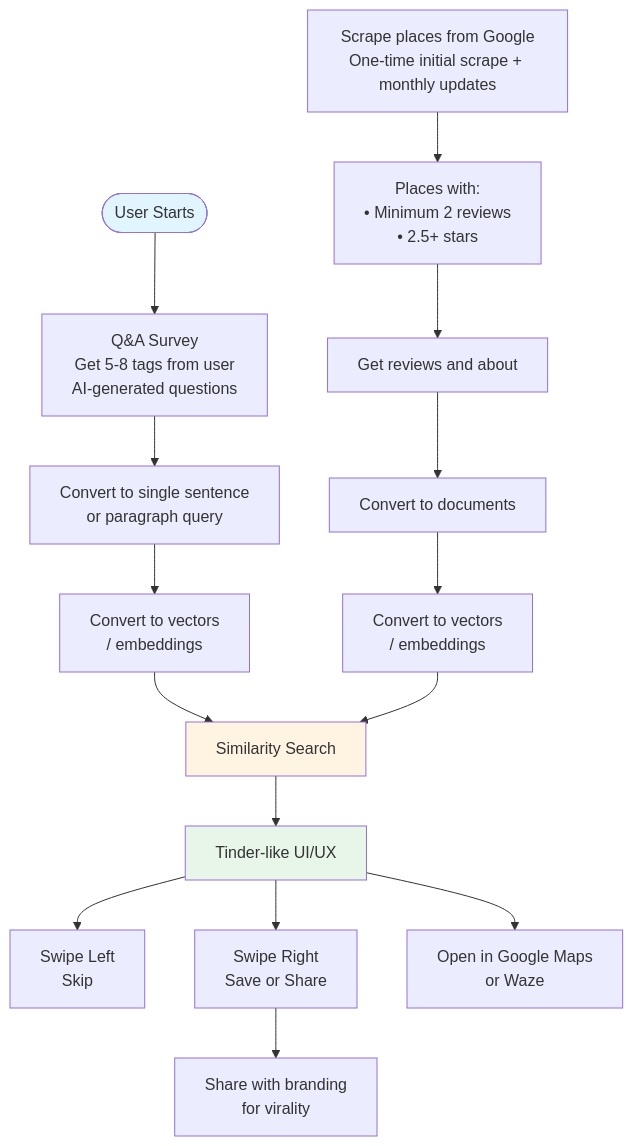
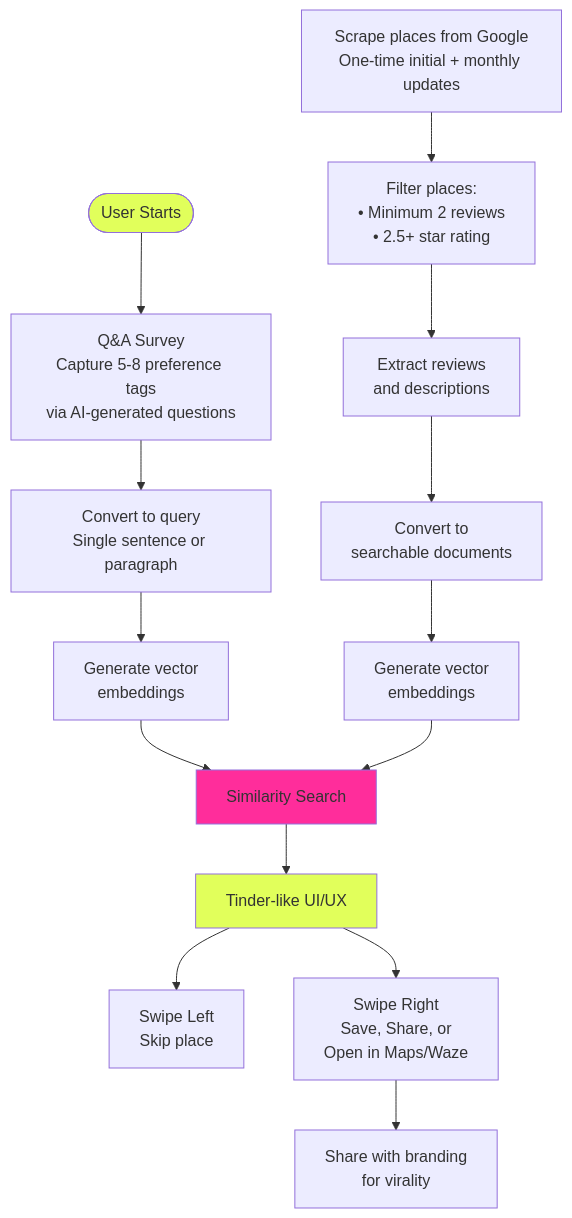
One commit to carlxrosales/spot changed the diagram in README.md. Above: the diagram before and after it, drawn with Mermaid.

````diff
--- a/README.md
+++ b/README.md
@@ -13,25 +13,24 @@
 ```mermaid
 flowchart TD
-    Start([User Starts]) --> Q&A[Q&A Survey<br/>Get 5-8 tags from user<br/>AI-generated questions]
+    Start([User Starts]) --> Q&A[Q&A Survey<br/>Capture 5-8 preference tags<br/>via AI-generated questions]
 
-    Q&A --> ConvertQuery[Convert to single sentence<br/>or paragraph query]
-    ConvertQuery --> UserVectors[Convert to vectors<br/>/ embeddings]
+    Q&A --> ConvertQuery[Convert to query<br/>Single sentence or paragraph]
+    ConvertQuery --> UserVectors[Generate vector<br/>embeddings]
 
-    Scrape[Scrape places from Google<br/>One-time initial scrape + monthly updates] --> Filter[Places with:<br/>• Minimum 2 reviews<br/>• 2.5+ stars]
-    Filter --> GetReviews[Get reviews and about]
-    GetReviews --> ConvertDocs[Convert to documents]
-    ConvertDocs --> PlaceVectors[Convert to vectors<br/>/ embeddings]
+    Scrape[Scrape places from Google<br/>One-time initial + monthly updates] --> Filter[Filter places:<br/>• Minimum 2 reviews<br/>• 2.5+ star rating]
+    Filter --> GetReviews[Extract reviews<br/>and descriptions]
+    GetReviews --> ConvertDocs[Convert to<br/>searchable documents]
+    ConvertDocs --> PlaceVectors[Generate vector<br/>embeddings]
 
     UserVectors --> Similarity[Similarity Search]
     PlaceVectors --> Similarity
 
     Similarity --> UI[Tinder-like UI/UX]
-    UI --> SwipeLeft[Swipe Left<br/>Skip]
-    UI --> SwipeRight[Swipe Right<br/>Save or Share]
-    UI --> Maps[Open in Google Maps<br/>or Waze]
+    UI --> SwipeLeft[Swipe Left<br/>Skip place]
+    UI --> SwipeRight[Swipe Right<br/>Save, Share, or<br/>Open in Maps/Waze]
     SwipeRight --> Share[Share with branding<br/>for virality]
 
-    style Start fill:#e1f5ff
-    style Similarity fill:#fff4e1
-    style UI fill:#e8f5e9
+    style Start fill:#e1ff5b
+    style Similarity fill:#ff2d9b
+    style UI fill:#e1ff5b
 ```
````
